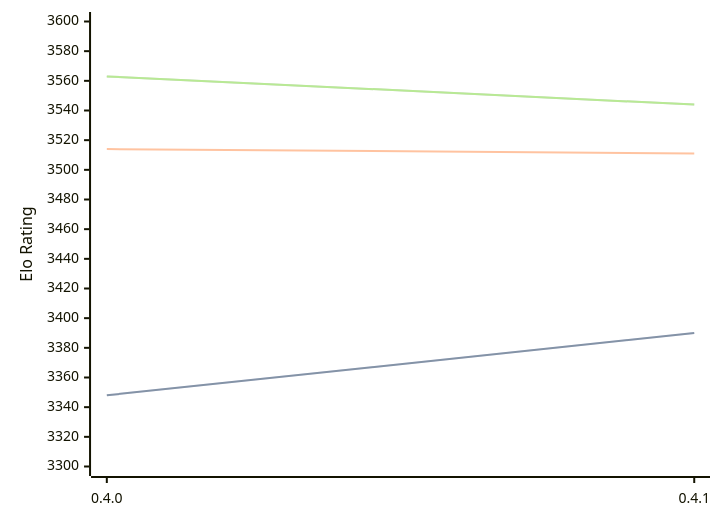
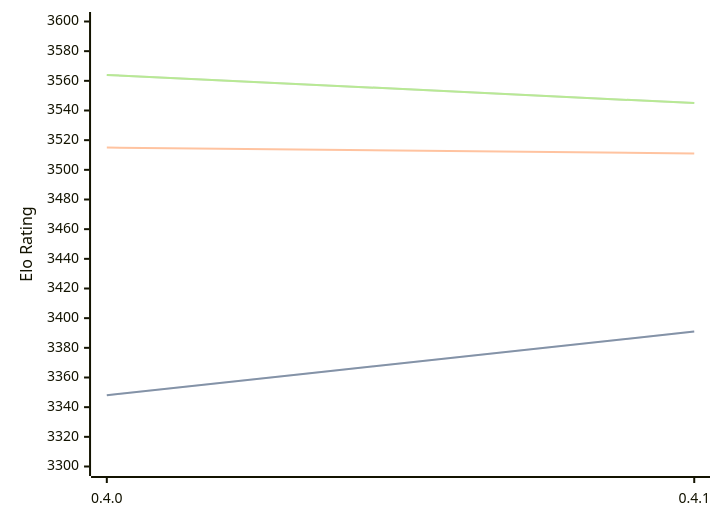
Before and after one commit to computer-chess-index/cci: the diagram in engines/Cinder.md, drawn with Mermaid. The commit also changed other lines of this file, not shown here.

Commit message:
Update CCI Ratings (ELO VLTC) - 2026-04-22

````diff
--- a/engines/Cinder.md
+++ b/engines/Cinder.md
@@ -40,11 +40,11 @@
 ```mermaid
 %%{init: {"theme":"base","themeVariables":{"seriesColors:['#a3a3a3','#222221','#faa371']}}}%%
 xychart-beta
   x-axis ["0.4.0", "0.4.1"]
   y-axis "Elo Rating" 3300 --> 3600
-  line "STC (8.0+0.08s)" [3348, 3390]
-  line "STC (8.0+0.08s)" [3348, 3390]
-  line "LTC (60.0+0.60s)" [3514, 3511]
-  line "VLTC (2m24s+1.12s)" [3563, 3544]
-  line "VLTC (2m24s+1.12s)" [3563, 3544]
+  line "STC (8.0+0.08s)" [3348, 3391]
+  line "STC (8.0+0.08s)" [3348, 3391]
+  line "LTC (60.0+0.60s)" [3515, 3511]
+  line "VLTC (2m24s+1.12s)" [3564, 3545]
+  line "VLTC (2m24s+1.12s)" [3564, 3545]
 ```
````
